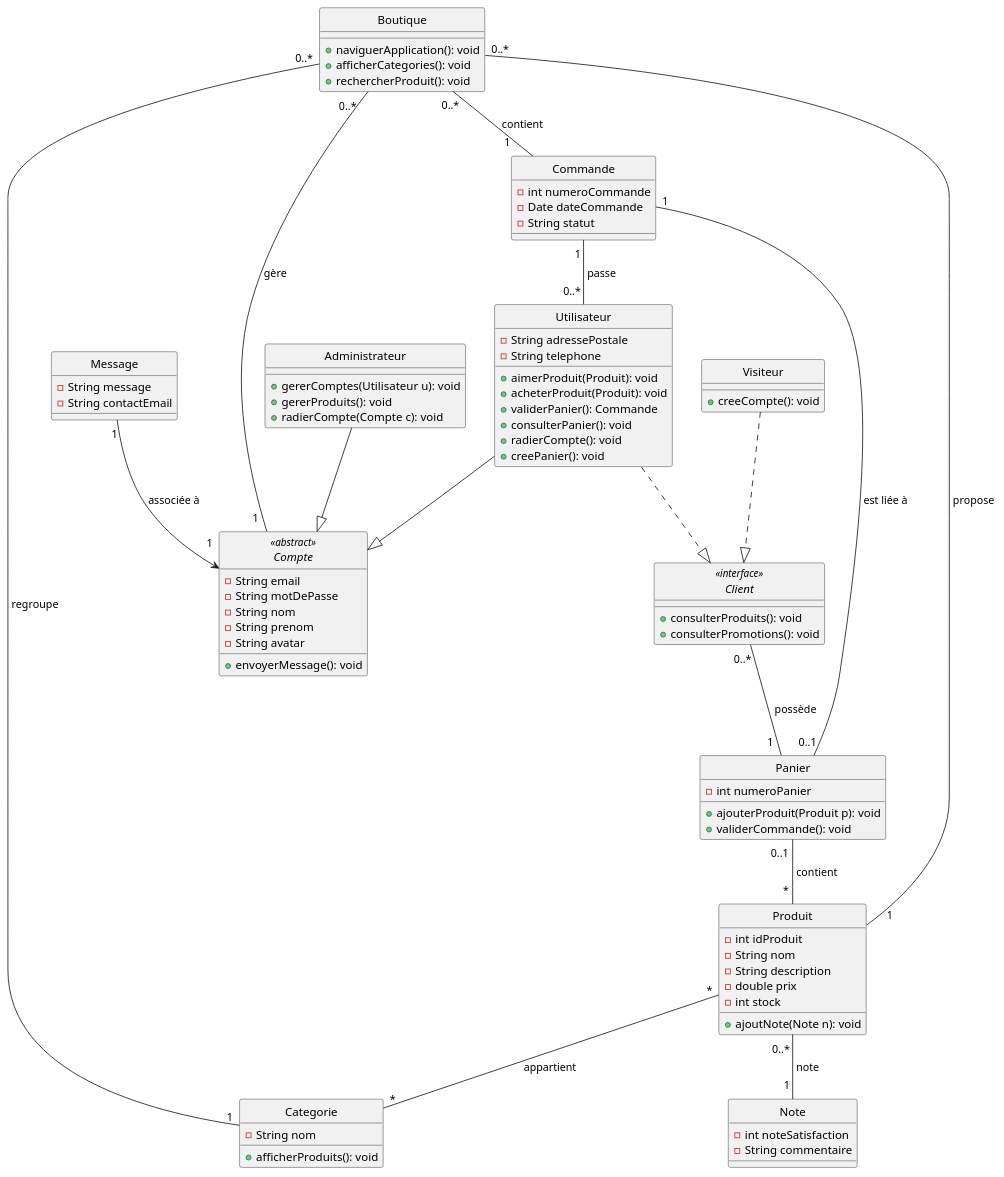
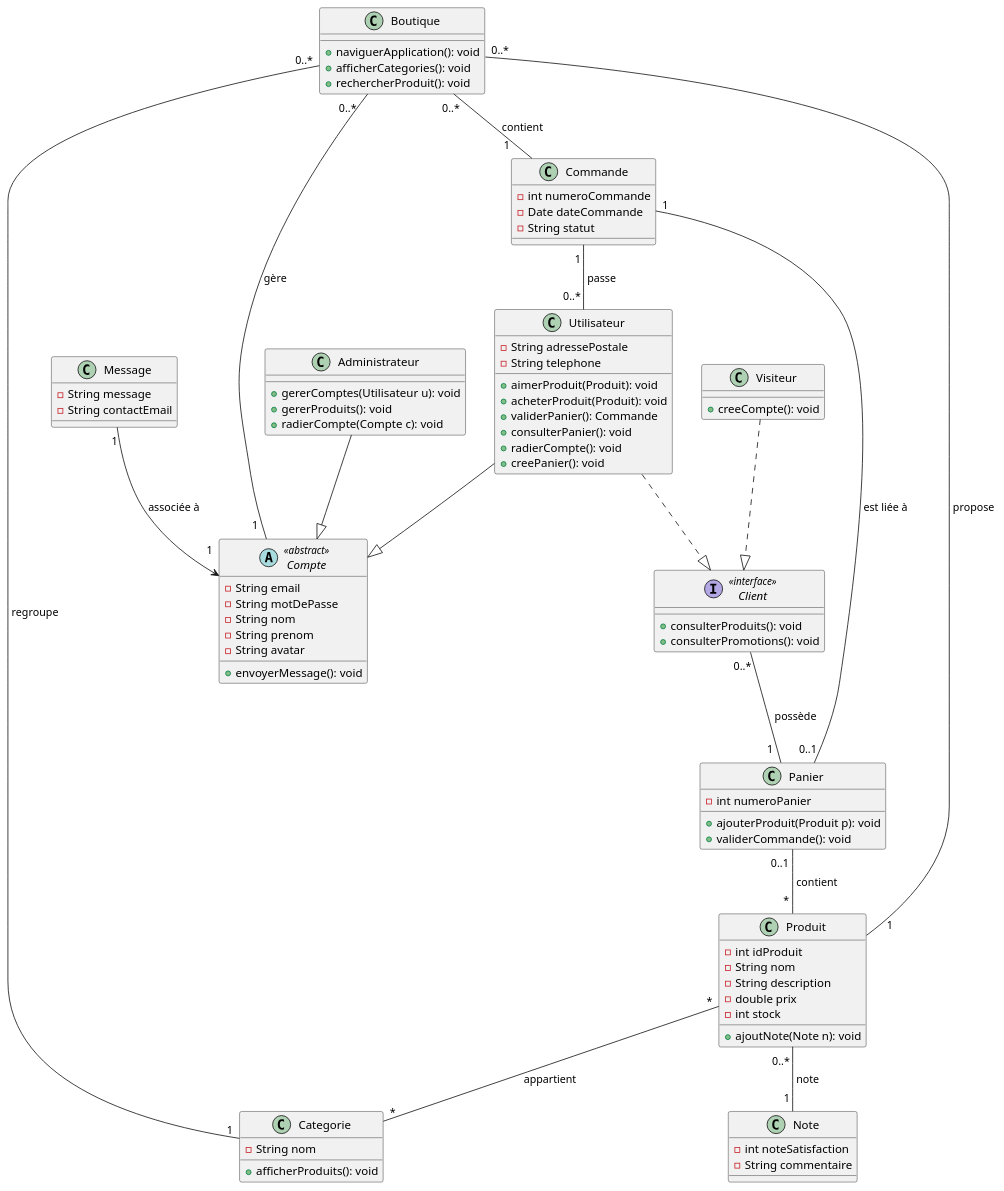
Before and after one commit to MehediT/BoutiqueLigneAudiovisuels: the diagram in Class/ClassDiagram.puml, drawn with PlantUML. The commit also changed 2 other files, not shown here.

Commit message:
Activity diagramme

```diff
--- a/Class/ClassDiagram.puml
+++ b/Class/ClassDiagram.puml
@@ -1,129 +1,128 @@
 @startuml
-hide circle
 
 class Boutique {
     + naviguerApplication(): void
     + afficherCategories(): void
     + rechercherProduit(): void
 }
 
 abstract class Compte <<abstract>> {
     - String email
     - String motDePasse
     - String nom
     - String prenom
     - String avatar
     + envoyerMessage(): void
 }
 
 interface Client <<interface>>{
     + consulterProduits(): void
     + consulterPromotions(): void
 }
 
 class Utilisateur {
     - String adressePostale
     - String telephone
     + aimerProduit(Produit): void
     + acheterProduit(Produit): void
     + validerPanier(): Commande
     + consulterPanier(): void
     + radierCompte(): void
     + creePanier(): void
 }
 
 class Visiteur {
     + creeCompte(): void
 }
 
 class Administrateur {
     + gererComptes(Utilisateur u): void
     + gererProduits(): void
     + radierCompte(Compte c): void
 }
 
 class Produit {
     - int idProduit
     - String nom
     - String description
     - double prix
     - int stock
     + ajoutNote(Note n): void
 }
 
 class Commande {
     - int numeroCommande
     - Date dateCommande
     - String statut
 }
 
 class Panier {
     - int numeroPanier
     + ajouterProduit(Produit p): void
     + validerCommande(): void
 }
 
 class Categorie {
     - String nom
     + afficherProduits(): void
 }
 
 '------------------------------------------------
 'Relations
 
 class Note {
     - int noteSatisfaction
     - String commentaire
 }
 
 class Message {
     - String message
     - String contactEmail
 }
 
 '------------------------------------------------
 ' Noms d'associations
 'Y a des espaces pour aligner les noms
 
 ' Boutique gère plusieurs comptes
 Boutique "0..*  " -- "1  " Compte : "gère"
 
 ' Boutique contient plusieurs commandes
 Boutique "0..*" -- "1     " Commande : " contient"
 
 ' Boutique regroupe plusieurs catégories
 Boutique "0..*" -- "1" Categorie : " regroupe"
 
 ' Boutique propose plusieurs produits
 Boutique "0..*" -- "     1" Produit : " propose"
 
 ' Héritage / spécialisation
 Administrateur --|> Compte
 Utilisateur --|> Compte
 
 ' Implémentation de l'interface Client
 Visiteur ..|> Client
 Utilisateur ..|> Client
 
 ' Un produit peut appartenir à plusieurs catégories, et vice versa
 Produit "*" -- "*" Categorie : "appartient"
 
 ' Un panier (0..1) peut contenir plusieurs produits
 Panier "0..1 " -- "\t* " Produit : " contient"
 
 ' Une commande (1) est liée à un panier (0..1)
 Commande "1" -- "0..1" Panier : " est liée à"
 
 ' Une commande est passée par plusieurs utilisateurs éventuels (ou un)
 Commande "1 " -- "0..* " Utilisateur : " passe"
 
 ' Un client possède un ou plusieurs paniers
 Client "0..*" -- "1  " Panier : "possède\n"
 
 ' Plusieurs notes pour un même produit
 Produit "0..* " -- "1 " Note : " note"
 
 ' Un compte est lié à une messagerie
 Message "1" --> "1\n" Compte : "associée à"
 
 @enduml
```
